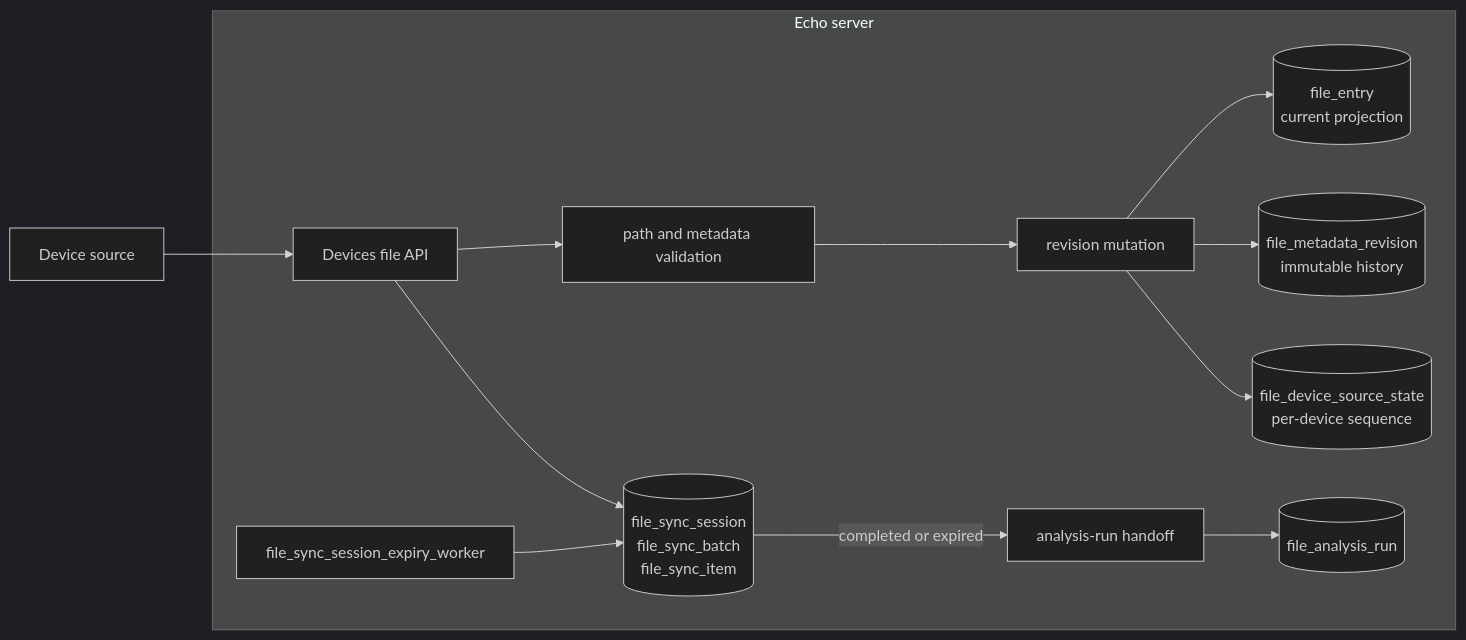
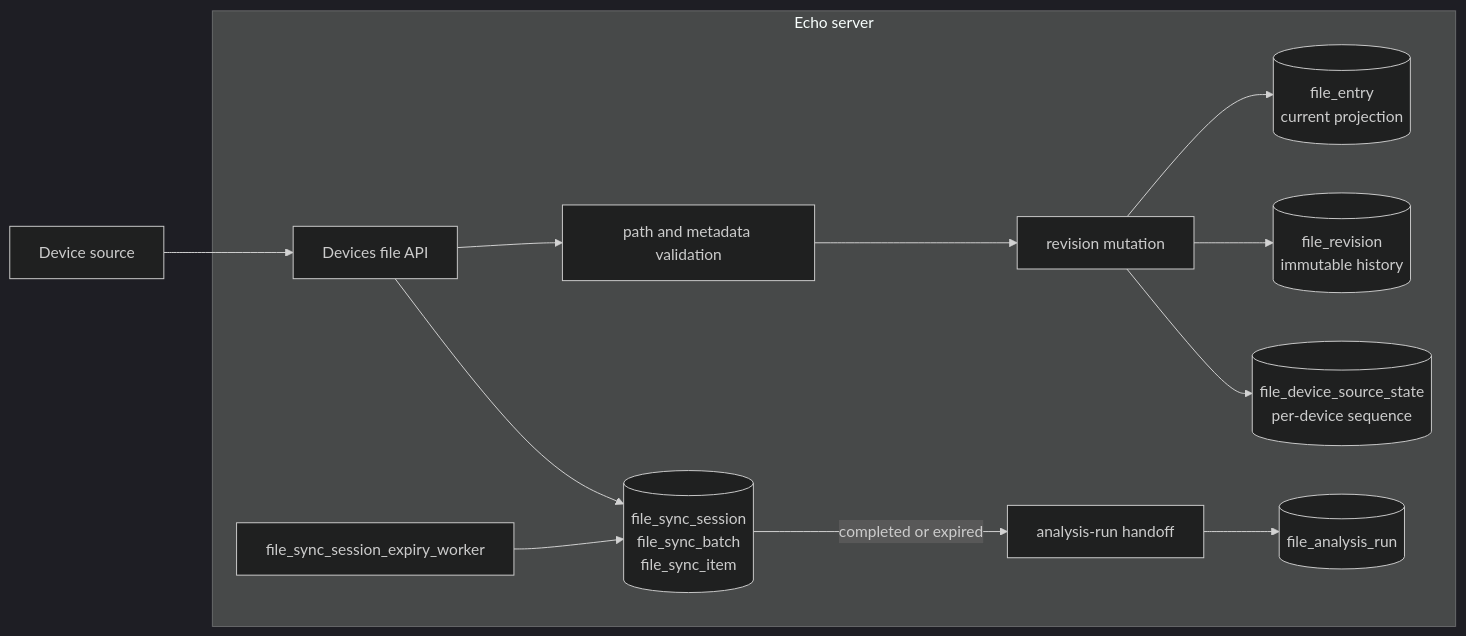
One commit to murczyk/echo changed the first of 5 diagrams in archive/2026-07-29-devices/SYNC.md. Above: the diagram before and after it, drawn with Mermaid (dark theme). The commit also changed other lines of this file and 27 other files, not shown here.

````diff
--- a/archive/2026-07-29-devices/SYNC.md
+++ b/archive/2026-07-29-devices/SYNC.md
@@ -21,16 +21,16 @@
 ```mermaid
 flowchart LR
     Caller["Device source"] --> API["Devices file API"]
 
     subgraph Echo["Echo server"]
         API --> Normalize["path and metadata validation"]
         API --> Sessions[("file_sync_session<br/>file_sync_batch<br/>file_sync_item")]
         Normalize --> Mutation["revision mutation"]
         Mutation --> Projection[("file_entry<br/>current projection")]
-        Mutation --> Revisions[("file_metadata_revision<br/>immutable history")]
+        Mutation --> Revisions[("file_revision<br/>immutable history")]
         Mutation --> SourceState[("file_device_source_state<br/>per-device sequence")]
         Expiry["file_sync_session_expiry_worker"] --> Sessions
         Sessions -->|"completed or expired"| Handoff["analysis-run handoff"]
         Handoff --> Runs[("file_analysis_run")]
     end
 ```
````
